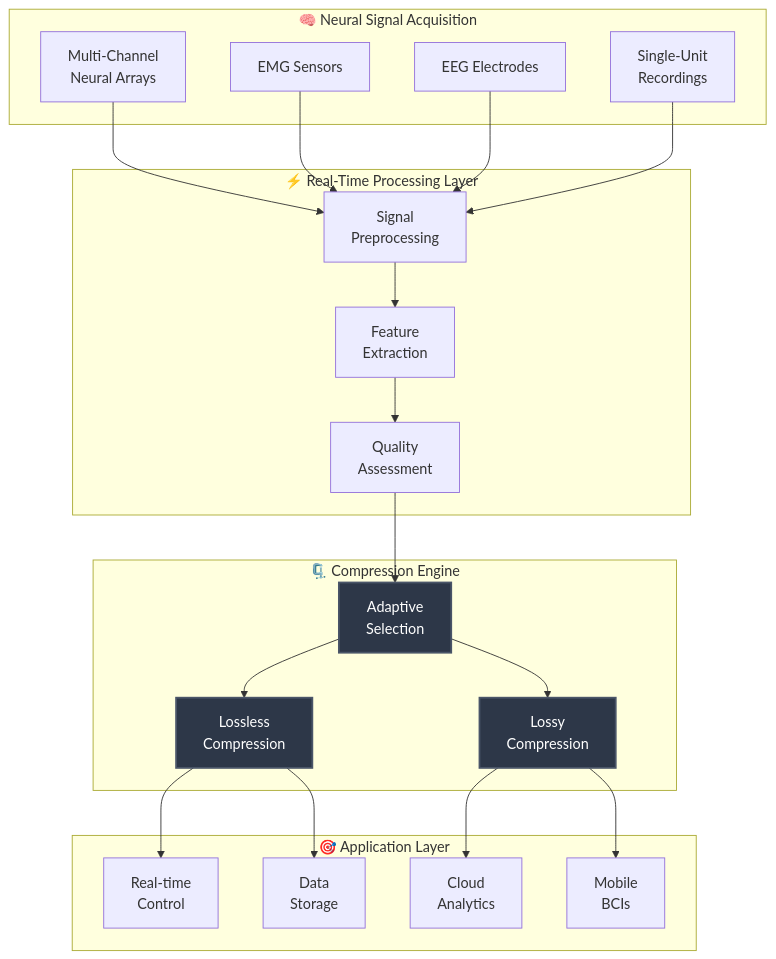
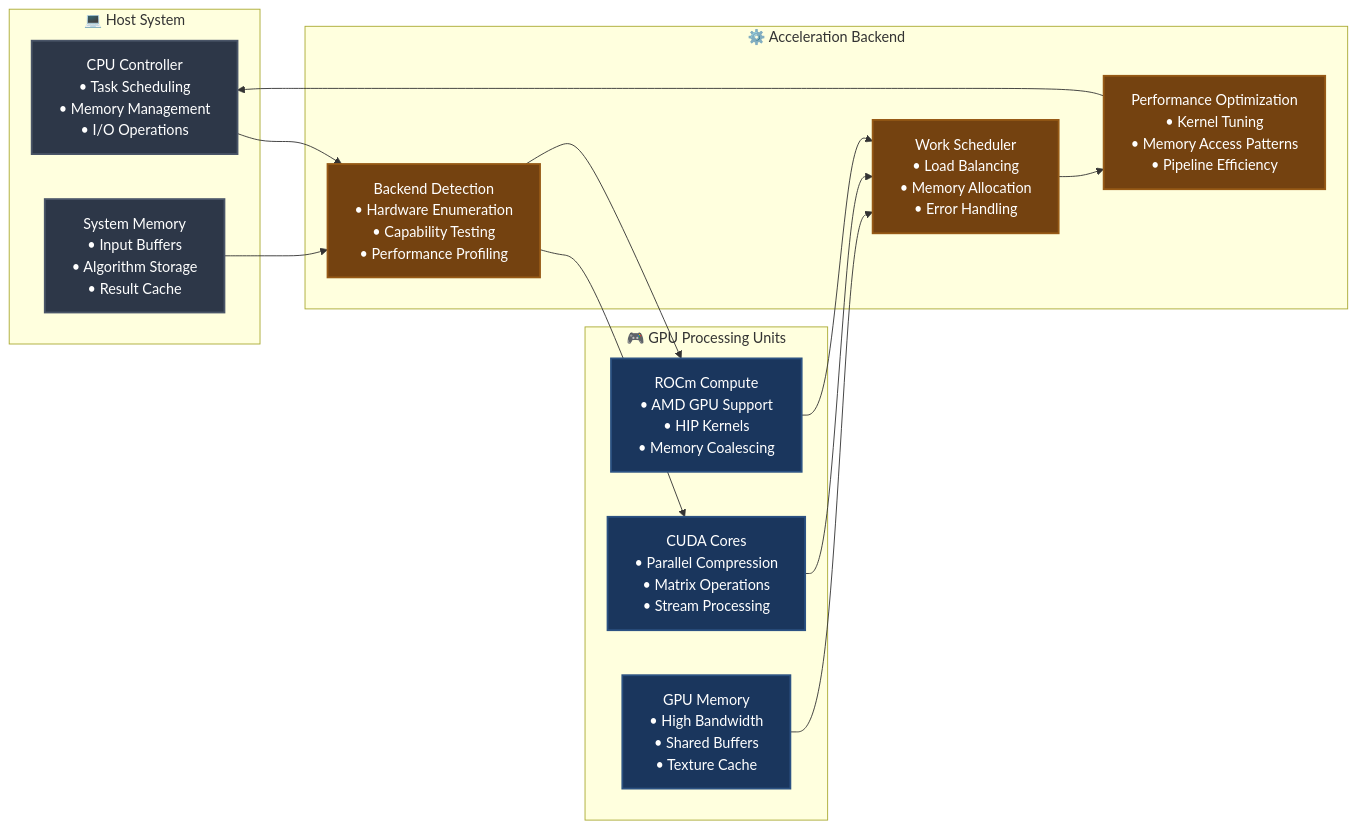
The third of 12 diagrams in README.md (hkevin01/brain-computer-compression), drawn with Mermaid before and after one commit. The commit also changed other lines of this file and 73 other files, not shown here.

````diff
--- a/README.md
+++ b/README.md
@@ -56,49 +161,40 @@
 ```mermaid
-graph TB
-    subgraph "🧠 Neural Signal Acquisition"
-        N1[Multi-Channel<br/>Neural Arrays]
-        N2[EMG Sensors]
-        N3[EEG Electrodes]
-        N4[Single-Unit<br/>Recordings]
+graph LR
+    subgraph "💻 Host System"
+        CPU[CPU Controller<br/>• Task Scheduling<br/>• Memory Management<br/>• I/O Operations]
+        RAM[System Memory<br/>• Input Buffers<br/>• Algorithm Storage<br/>• Result Cache]
     end
 
-    subgraph "⚡ Real-Time Processing Layer"
-        P1[Signal<br/>Preprocessing]
-        P2[Feature<br/>Extraction]
-        P3[Quality<br/>Assessment]
+    subgraph "🎮 GPU Processing Units"
+        CUDA[CUDA Cores<br/>• Parallel Compression<br/>• Matrix Operations<br/>• Stream Processing]
+        ROCm[ROCm Compute<br/>• AMD GPU Support<br/>• HIP Kernels<br/>• Memory Coalescing]
+        MEM[GPU Memory<br/>• High Bandwidth<br/>• Shared Buffers<br/>• Texture Cache]
     end
 
-    subgraph "🗜️ Compression Engine"
-        style C1 fill:#2d3748,stroke:#4a5568,stroke-width:2px,color:#ffffff
-        style C2 fill:#2d3748,stroke:#4a5568,stroke-width:2px,color:#ffffff
-        style C3 fill:#2d3748,stroke:#4a5568,stroke-width:2px,color:#ffffff
-
-        C1[Lossless<br/>Compression]
-        C2[Lossy<br/>Compression]
-        C3[Adaptive<br/>Selection]
+    subgraph "⚙️ Acceleration Backend"
+        DETECT[Backend Detection<br/>• Hardware Enumeration<br/>• Capability Testing<br/>• Performance Profiling]
+        SCHED[Work Scheduler<br/>• Load Balancing<br/>• Memory Allocation<br/>• Error Handling]
+        OPTIM[Performance Optimization<br/>• Kernel Tuning<br/>• Memory Access Patterns<br/>• Pipeline Efficiency]
     end
 
-    subgraph "🎯 Application Layer"
-        A1[Real-time<br/>Control]
-        A2[Data<br/>Storage]
-        A3[Cloud<br/>Analytics]
-        A4[Mobile<br/>BCIs]
-    end
+    CPU --> DETECT
+    RAM --> DETECT
+    
+    DETECT --> CUDA
+    DETECT --> ROCm
+    
+    CUDA --> SCHED
+    ROCm --> SCHED
+    MEM --> SCHED
+    
+    SCHED --> OPTIM
+    OPTIM --> CPU
 
-    N1 --> P1
-    N2 --> P1
-    N3 --> P1
-    N4 --> P1
-
-    P1 --> P2
-    P2 --> P3
-    P3 --> C3
-
-    C3 --> C1
-    C3 --> C2
-
-    C1 --> A1
-    C1 --> A2
-    C2 --> A3
-    C2 --> A4
+    classDef host fill:#2d3748,stroke:#4a5568,stroke-width:2px,color:#ffffff
+    classDef gpu fill:#1a365d,stroke:#2c5282,stroke-width:2px,color:#ffffff
+    classDef backend fill:#744210,stroke:#975a16,stroke-width:2px,color:#ffffff
+    
+    class CPU,RAM host
+    class CUDA,ROCm,MEM gpu
+    class DETECT,SCHED,OPTIM backend
 ```
````
